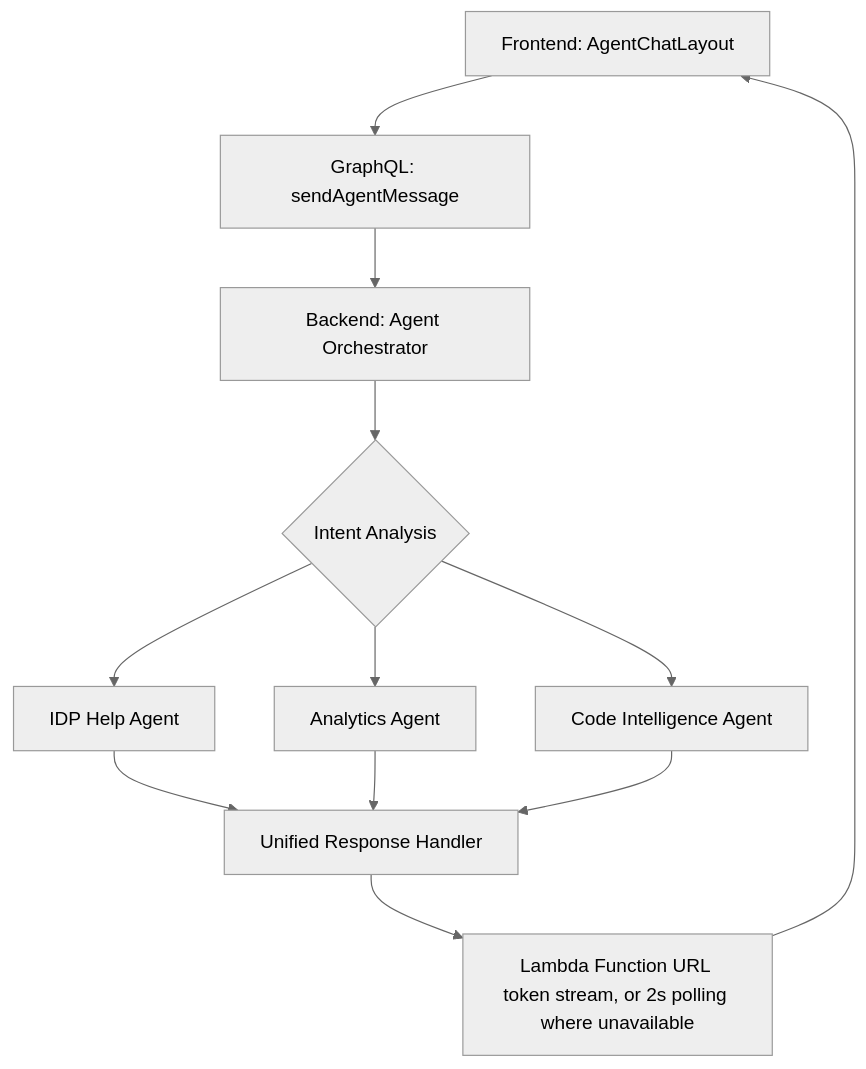
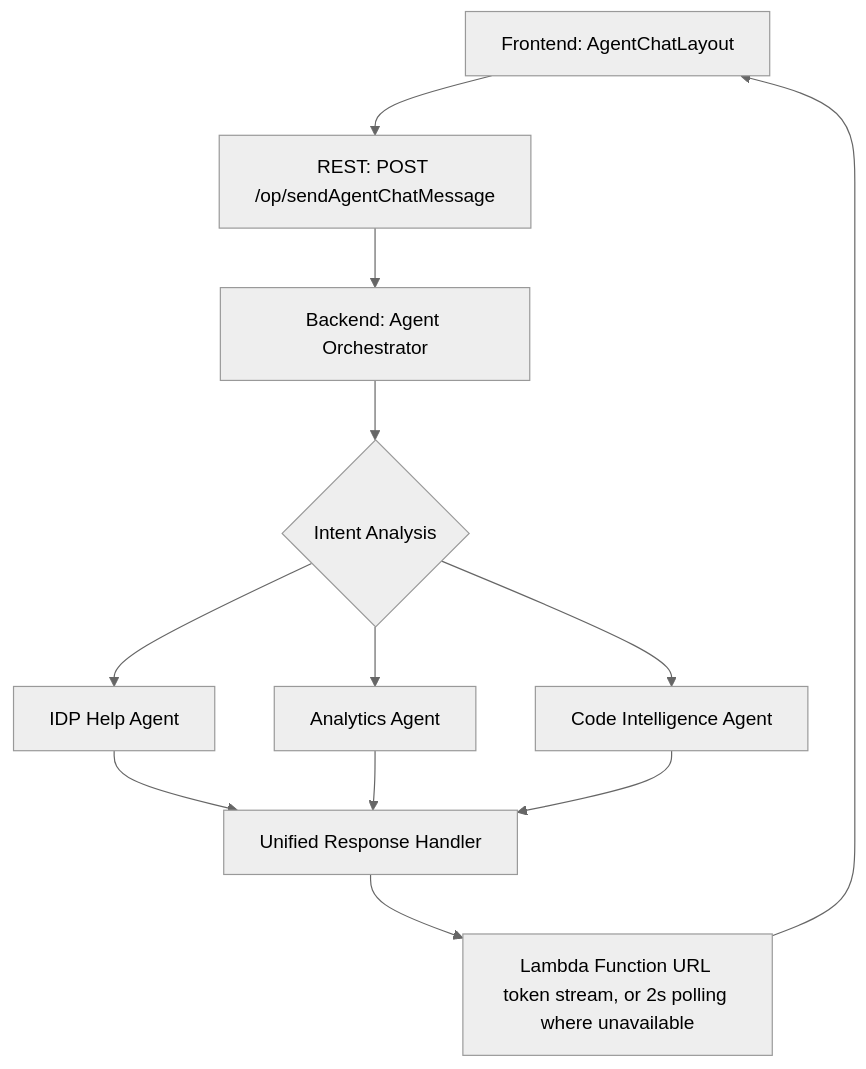
The diagram in src/ui/src/components/agent-chat/README.md (aws-solutions-library-samples/accelerated-intelligent-document-processing-on-aws), drawn with Mermaid (neutral theme) before and after one commit. The commit also changed other lines of this file and 72 other files, not shown here.

````diff
--- a/src/ui/src/components/agent-chat/README.md
+++ b/src/ui/src/components/agent-chat/README.md
@@ -175,16 +175,16 @@
 ```mermaid
 flowchart TD
-    A[Frontend: AgentChatLayout] --> B[GraphQL: sendAgentMessage]
+    A[Frontend: AgentChatLayout] --> B[REST: POST /op/sendAgentChatMessage]
     B --> C[Backend: Agent Orchestrator]
 
     C --> D{Intent Analysis}
     D --> E[IDP Help Agent]
     D --> F[Analytics Agent]
     D --> G[Code Intelligence Agent]
 
     E --> H[Unified Response Handler]
     F --> H
     G --> H
     H --> I[Lambda Function URL token stream, or 2s polling where unavailable]
     I --> A
 ```
````
